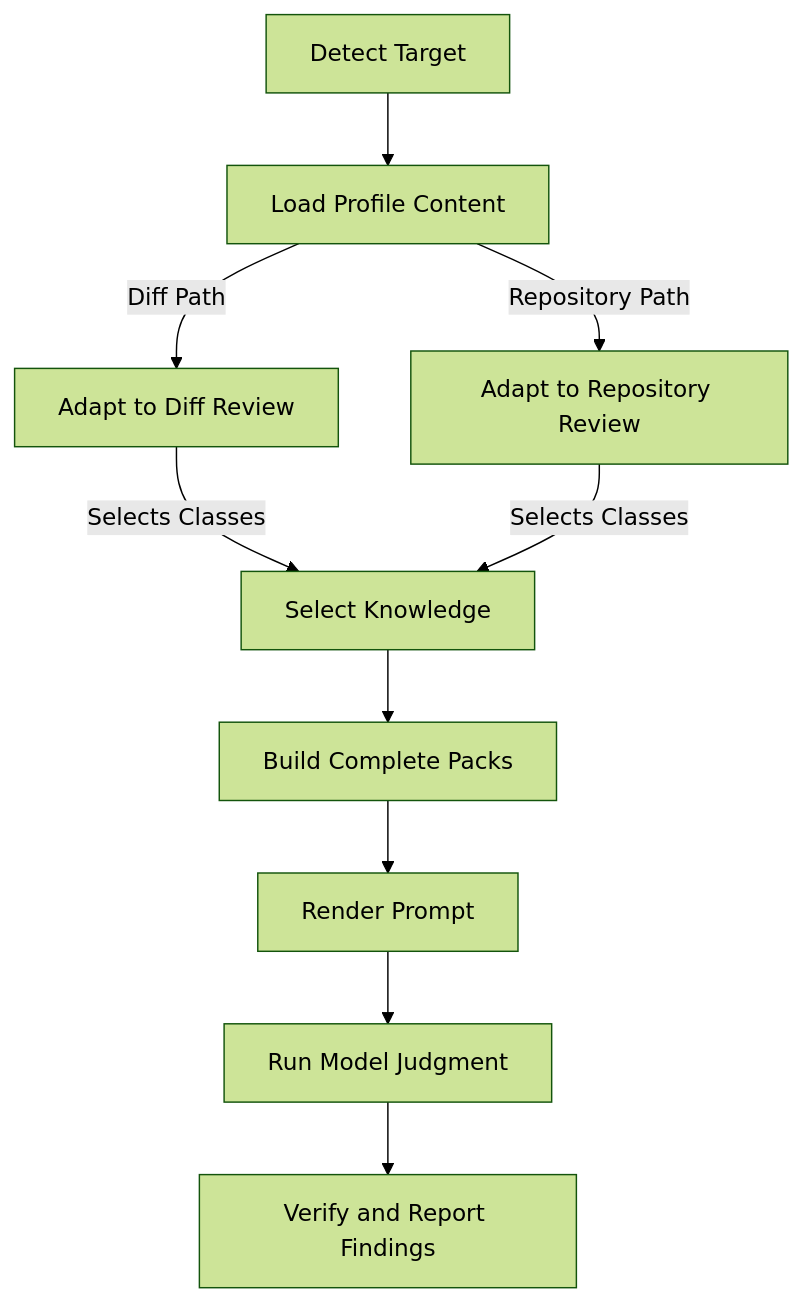
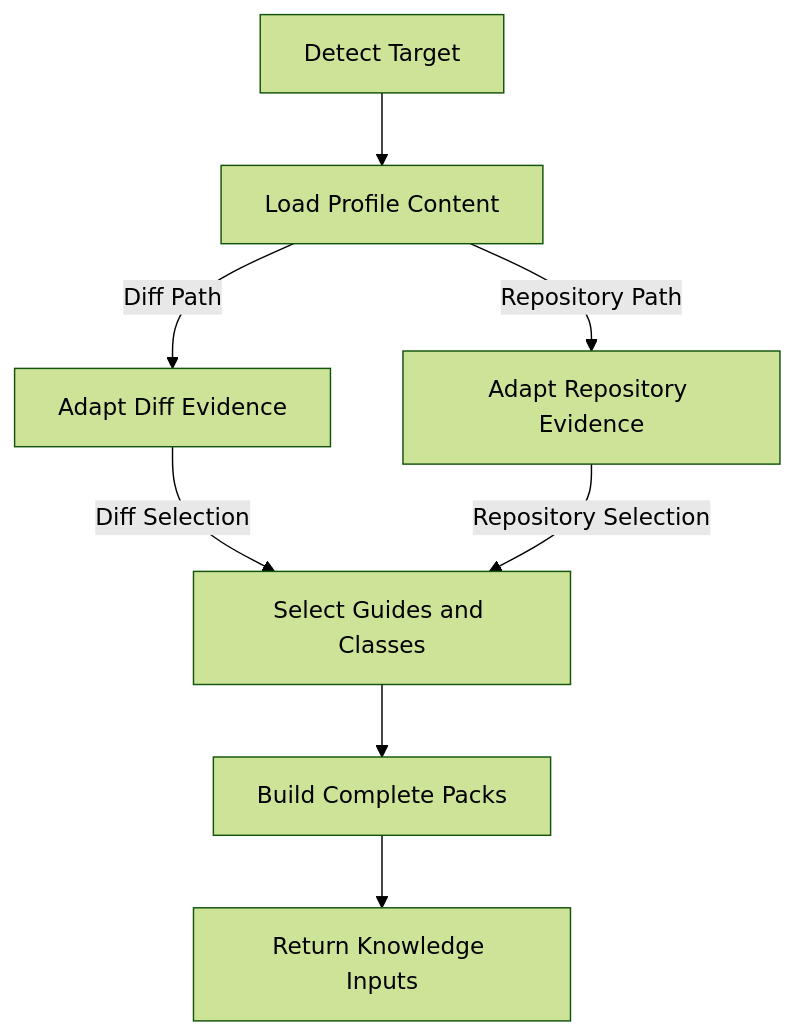
Before and after one commit to eth4nr00t/cyberjury: the diagram in docs/knowledge-design.md, drawn with Mermaid (forest theme). The commit also changed other lines of this file and 25 other files, not shown here.

````diff
--- a/docs/knowledge-design.md
+++ b/docs/knowledge-design.md
@@ -255,12 +267,10 @@
 ```mermaid
 flowchart TD
     A[Detect Target] --> B[Load Profile Content]
-    B -- Diff Path --> C[Adapt to Diff Review]
-    B -- Repository Path --> D[Adapt to Repository Review]
-    C -- Selects Classes --> E[Select Knowledge]
-    D -- Selects Classes --> E
+    B -- Diff Path --> C[Adapt Diff Evidence]
+    B -- Repository Path --> D[Adapt Repository Evidence]
+    C -- Diff Selection --> E[Select Guides and Classes]
+    D -- Repository Selection --> E
     E --> F[Build Complete Packs]
-    F --> G[Render Prompt]
-    G --> H[Run Model Judgment]
-    H --> I[Verify and Report Findings]
+    F --> G[Return Knowledge Inputs]
 ```
````
